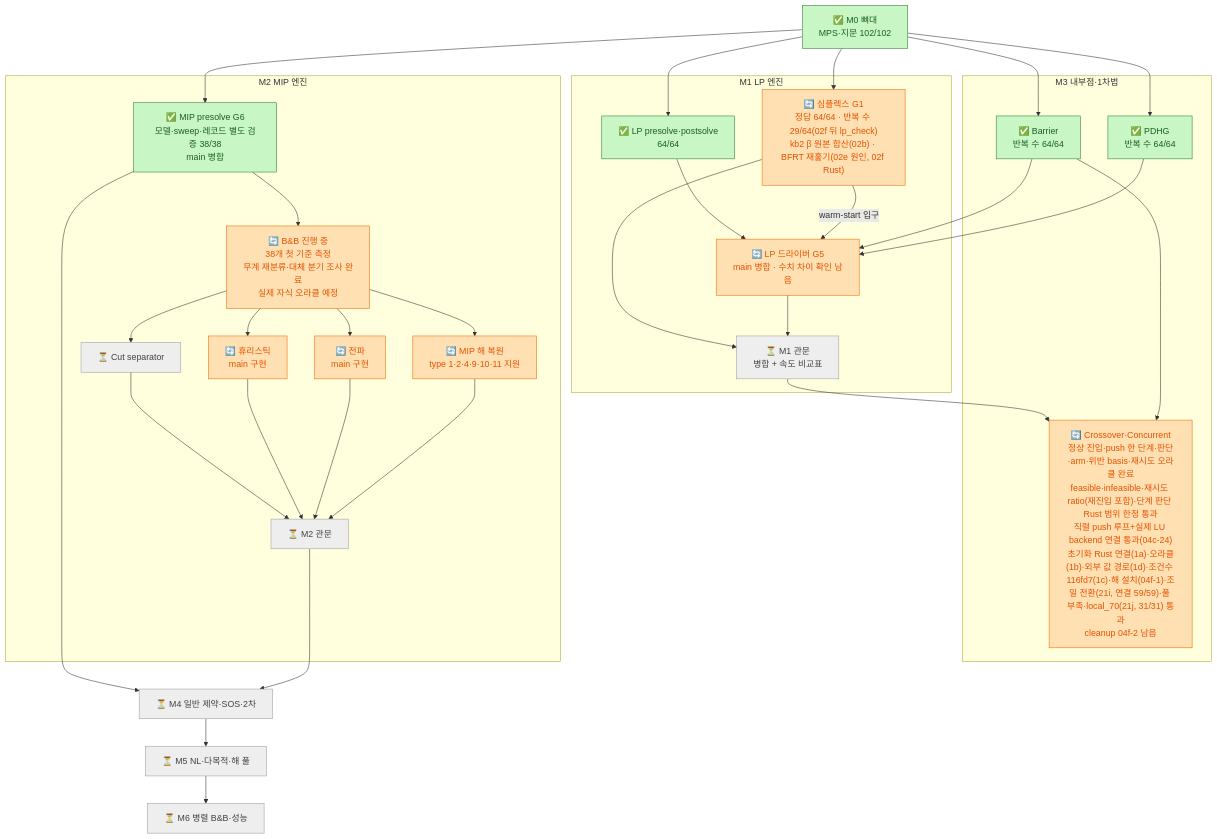
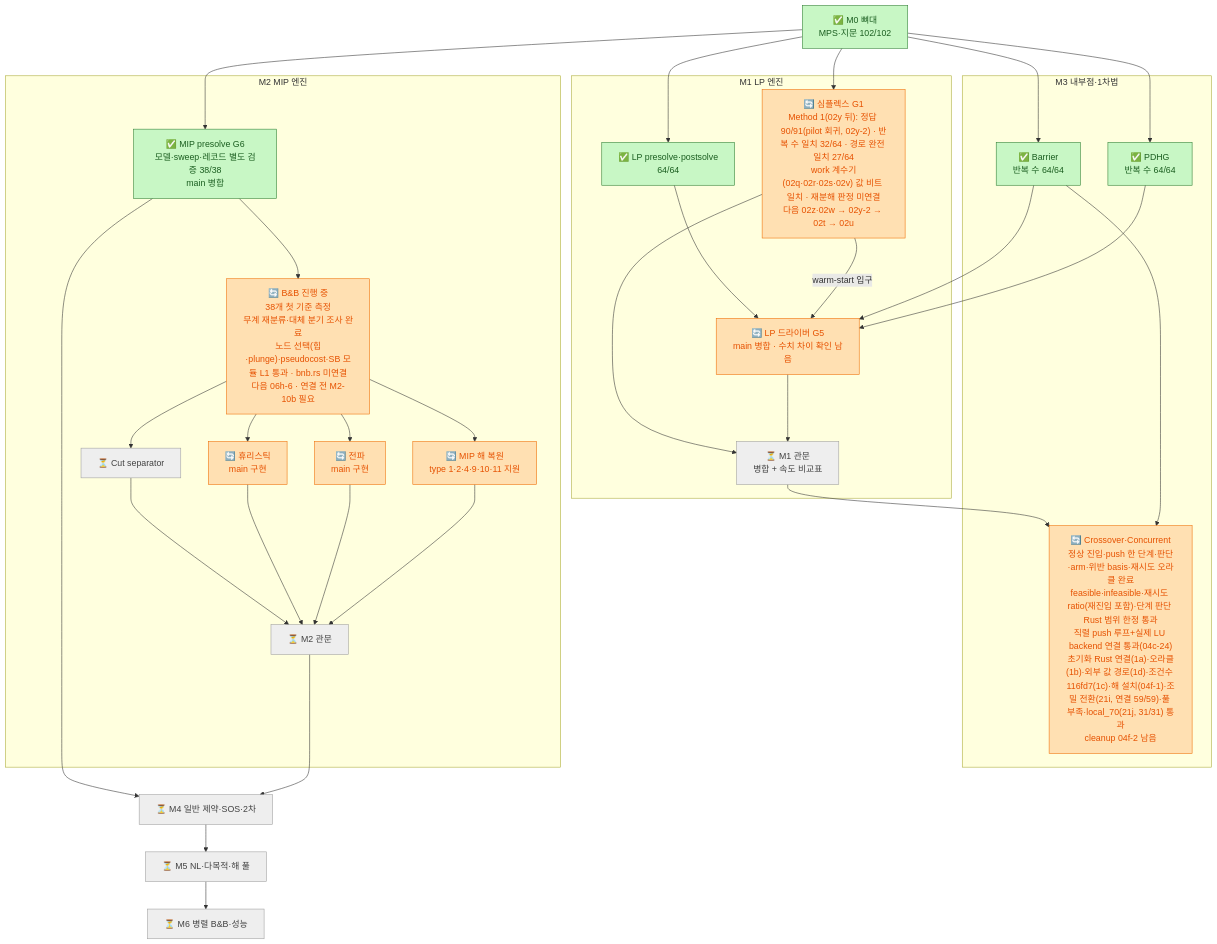
One commit to kjh278231/kerobi changed the diagram in docs/12_roadmap_diagram.md. Above: the diagram before and after it, drawn with Mermaid. The commit also changed other lines of this file and 1 other file, not shown here.

Commit message:
docs-cleanup: 12 mermaid SPX·BNB 노드와 상태 날짜 현재화, 10 §9.2 측정일 안내
노드 id·간선·class는 그대로다. 12의 문단은 건드리지 않았다.

````diff
--- a/docs/12_roadmap_diagram.md
+++ b/docs/12_roadmap_diagram.md
@@ -221,49 +221,49 @@
 ```mermaid
 flowchart TD
     classDef done fill:#c8f7c5,stroke:#2e7d32,color:#1b5e20
     classDef doing fill:#ffe0b2,stroke:#ef6c00,color:#e65100
     classDef pending fill:#bbdefb,stroke:#1565c0,color:#0d47a1
     classDef todo fill:#eeeeee,stroke:#9e9e9e,color:#424242
 
     M0["✅ M0 뼈대<br/>MPS·지문 102/102"]:::done
 
     subgraph M1["M1 LP 엔진"]
         PRE["✅ LP presolve·postsolve<br/>64/64"]:::done
-        SPX["🔄 심플렉스 G1<br/>정답 64/64 · 반복 수 29/64(02f 뒤 lp_check)<br/>kb2 β 원본 합산(02b) · BFRT 재훑기(02e 원인, 02f Rust)"]:::doing
+        SPX["🔄 심플렉스 G1<br/>Method 1(02y 뒤): 정답 90/91(pilot 회귀, 02y-2) · 반복 수 일치 32/64 · 경로 완전 일치 27/64<br/>work 계수기(02q·02r·02s·02v) 값 비트 일치 · 재분해 판정 미연결<br/>다음 02z·02w → 02y-2 → 02t → 02u"]:::doing
         DRV["🔄 LP 드라이버 G5<br/>main 병합 · 수치 차이 확인 남음"]:::doing
         GATE1["⏳ M1 관문<br/>병합 + 속도 비교표"]:::todo
     end
 
     subgraph M3["M3 내부점·1차법"]
         BAR["✅ Barrier<br/>반복 수 64/64"]:::done
         PDHG["✅ PDHG<br/>반복 수 64/64"]:::done
         XO["🔄 Crossover·Concurrent<br/>정상 진입·push 한 단계·판단·arm·위반 basis·재시도 오라클 완료<br/>feasible·infeasible·재시도 ratio(재진입 포함)·단계 판단 Rust 범위 한정 통과<br/>직렬 push 루프+실제 LU backend 연결 통과(04c-24)<br/>초기화 Rust 연결(1a)·오라클(1b)·외부 값 경로(1d)·조건수 116fd7(1c)·해 설치(04f-1)·조밀 전환(21i, 연결 59/59)·풀 부족·local_70(21j, 31/31) 통과<br/>cleanup 04f-2 남음"]:::doing
     end
 
     subgraph M2["M2 MIP 엔진"]
         MPRE["✅ MIP presolve G6<br/>모델·sweep·레코드 별도 검증 38/38<br/>main 병합"]:::done
-        BNB["🔄 B&B 진행 중<br/>38개 첫 기준 측정<br/>무계 재분류·대체 분기 조사 완료<br/>실제 자식 오라클 예정"]:::doing
+        BNB["🔄 B&B 진행 중<br/>38개 첫 기준 측정<br/>무계 재분류·대체 분기 조사 완료<br/>노드 선택(힙·plunge)·pseudocost·SB 모듈 L1 통과 · bnb.rs 미연결<br/>다음 06h-6 · 연결 전 M2-10b 필요"]:::doing
         CUT["⏳ Cut separator"]:::todo
         HEU["🔄 휴리스틱<br/>main 구현"]:::doing
         PROP["🔄 전파<br/>main 구현"]:::doing
         POST["🔄 MIP 해 복원<br/>type 1·2·4·9·10·11 지원"]:::doing
         GATE2["⏳ M2 관문"]:::todo
     end
 
     M4["⏳ M4 일반 제약·SOS·2차"]:::todo
     M5["⏳ M5 NL·다목적·해 풀"]:::todo
     M6["⏳ M6 병렬 B&B·성능"]:::todo
 
     M0 --> PRE & SPX & BAR & PDHG & MPRE
     PRE --> DRV
     BAR & PDHG --> DRV
     SPX -- "warm-start 입구" --> DRV
     SPX & DRV --> GATE1
     GATE1 --> XO
     BAR --> XO
     MPRE --> BNB
     BNB --> CUT & HEU & PROP & POST
     CUT & HEU & PROP & POST --> GATE2
     MPRE --> M4
     GATE2 --> M4 --> M5 --> M6
 ```
````
